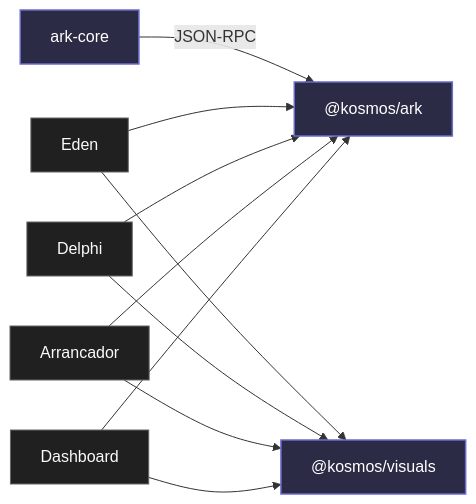
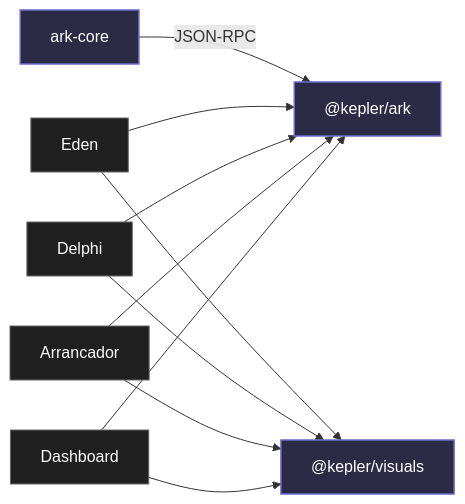
The diagram in docs-site/packages/index.md (makekosmos/cortex), drawn with Mermaid before and after one commit. The commit also changed other lines of this file and 50 other files, not shown here.

````diff
--- a/docs-site/packages/index.md
+++ b/docs-site/packages/index.md
@@ -20,29 +20,29 @@
 ```mermaid
 flowchart LR
   arkcore["ark-core"]
-  kosmosark["@kosmos/ark"]
-  visuals["@kosmos/visuals"]
+  kosmosark["@kepler/ark"]
+  visuals["@kepler/visuals"]
 
   eden["Eden"]
   delphi["Delphi"]
   arrancador["Arrancador"]
   dashboard["Dashboard"]
 
   arkcore -- "JSON-RPC" --> kosmosark
 
   eden --> kosmosark
   delphi --> kosmosark
   arrancador --> kosmosark
   dashboard --> kosmosark
 
   eden --> visuals
   delphi --> visuals
   arrancador --> visuals
   dashboard --> visuals
 
   classDef pkg fill:#2b2b46,stroke:#6b6bcd,color:#fff,stroke-width:1.5px
   classDef app fill:#202020,stroke:#666,color:#fafafa
 
   class arkcore,kosmosark,visuals pkg
   class eden,delphi,arrancador,dashboard app
 ```
````
